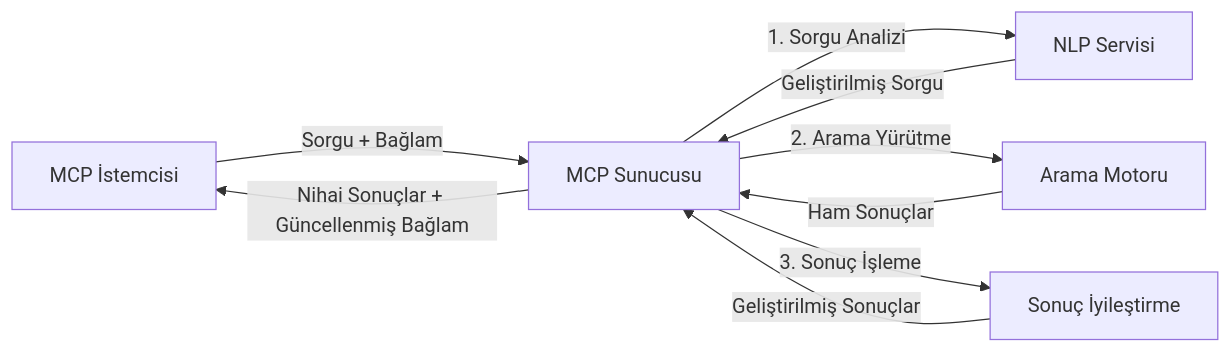
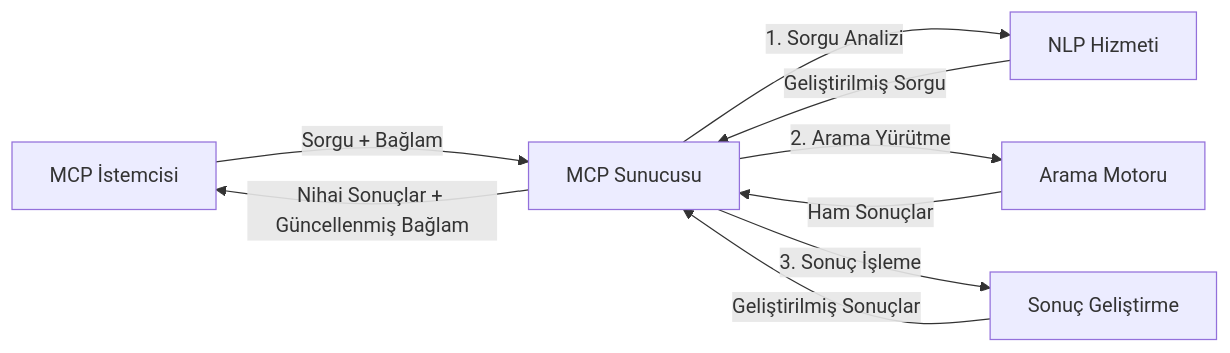
One commit to microsoft/mcp-for-beginners changed the fourth of 4 diagrams in translations/tr/05-AdvancedTopics/mcp-realtimesearch/README.md. Above: the diagram before and after it, drawn with Mermaid. The commit also changed other lines of this file and 134 other files, not shown here.

````diff
--- a/translations/tr/05-AdvancedTopics/mcp-realtimesearch/README.md
+++ b/translations/tr/05-AdvancedTopics/mcp-realtimesearch/README.md
@@ -626,11 +628,11 @@
 ```mermaid
 graph LR
     Client[MCP İstemcisi] --> |Sorgu + Bağlam| Server[MCP Sunucusu]
-    Server --> |1. Sorgu Analizi| NLP[NLP Servisi]
+    Server --> |1. Sorgu Analizi| NLP[NLP Hizmeti]
     NLP --> |Geliştirilmiş Sorgu| Server
     Server --> |2. Arama Yürütme| Search[Arama Motoru]
     Search --> |Ham Sonuçlar| Server
-    Server --> |3. Sonuç İşleme| Enhancement[Sonuç İyileştirme]
+    Server --> |3. Sonuç İşleme| Enhancement[Sonuç Geliştirme]
     Enhancement --> |Geliştirilmiş Sonuçlar| Server
     Server --> |Nihai Sonuçlar + Güncellenmiş Bağlam| Client
 ```
````
